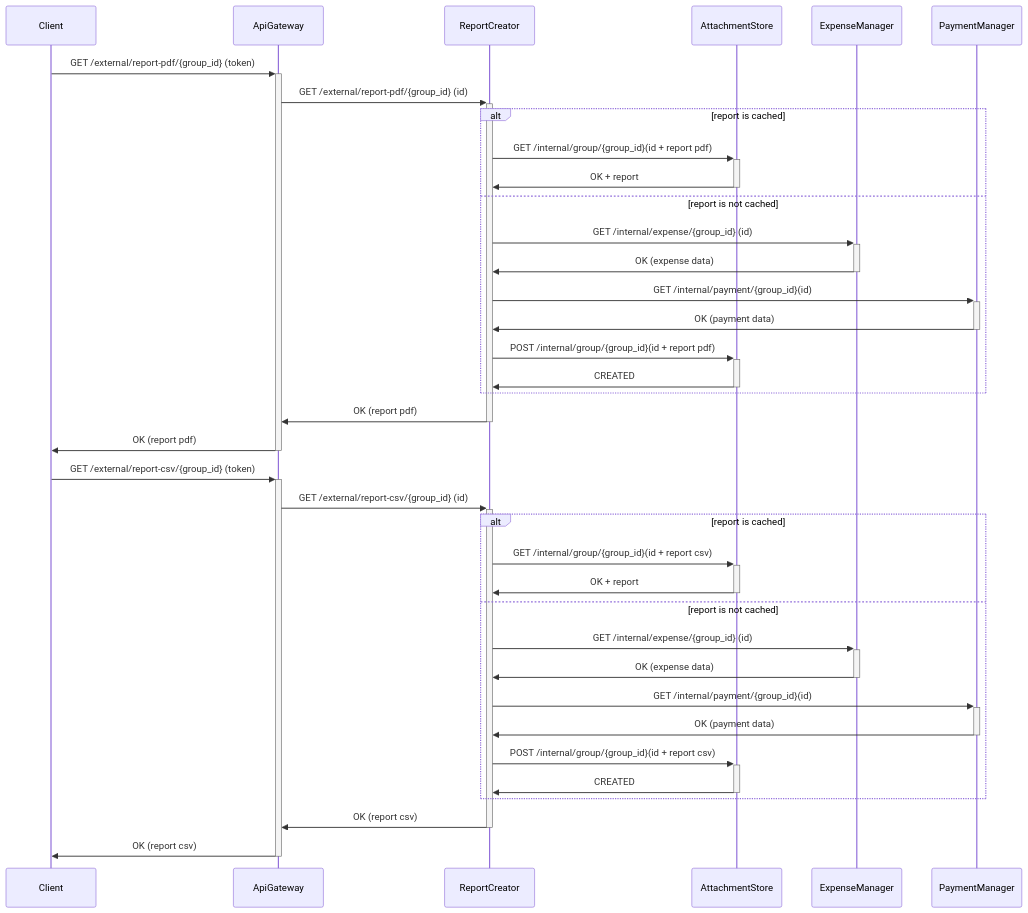
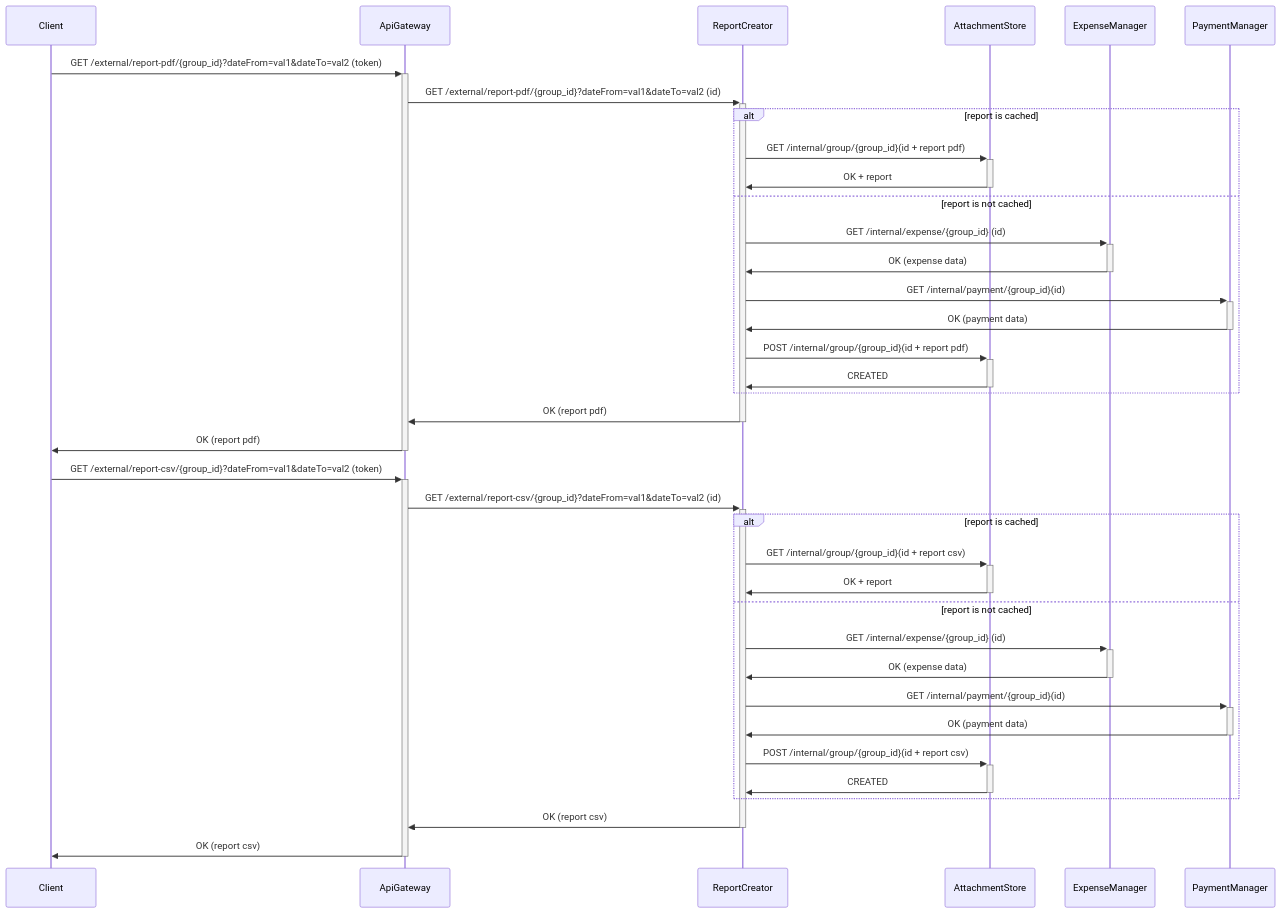
Before and after one commit to Group-Expense-Manager/gem-docs: the ninth of 10 diagrams in docs/diagrams.md, drawn with Mermaid.

Commit message:
modified diagrams

````diff
--- a/docs/diagrams.md
+++ b/docs/diagrams.md
@@ -293,35 +293,35 @@
 ``` mermaid
 sequenceDiagram
 
-Client->>+ApiGateway: GET /external/report-pdf/{group_id} (token)
-ApiGateway->>+ReportCreator: GET /external/report-pdf/{group_id} (id)
+Client->>+ApiGateway: GET /external/report-pdf/{group_id}?dateFrom=val1&dateTo=val2 (token)
+ApiGateway->>+ReportCreator: GET /external/report-pdf/{group_id}?dateFrom=val1&dateTo=val2 (id)
 alt report is cached
 ReportCreator->>+ AttachmentStore: GET /internal/group/{group_id}(id + report pdf)
 AttachmentStore->>- ReportCreator: OK + report
 else report is not cached
 ReportCreator->>+ ExpenseManager: GET /internal/expense/{group_id} (id)
 ExpenseManager->>- ReportCreator: OK (expense data)
 ReportCreator->>+ PaymentManager: GET /internal/payment/{group_id}(id)
 PaymentManager->>- ReportCreator: OK (payment data)
 ReportCreator->>+ AttachmentStore: POST /internal/group/{group_id}(id + report pdf)
 AttachmentStore->>- ReportCreator: CREATED
 end
 ReportCreator->>- ApiGateway: OK (report pdf)
 ApiGateway->>-Client: OK (report pdf)
 
-Client->>+ApiGateway: GET /external/report-csv/{group_id} (token)
-ApiGateway->>+ReportCreator: GET /external/report-csv/{group_id} (id)
+Client->>+ApiGateway: GET /external/report-csv/{group_id}?dateFrom=val1&dateTo=val2 (token)
+ApiGateway->>+ReportCreator: GET /external/report-csv/{group_id}?dateFrom=val1&dateTo=val2 (id)
 alt report is cached
 ReportCreator->>+ AttachmentStore: GET /internal/group/{group_id}(id + report csv)
 AttachmentStore->>- ReportCreator: OK + report
 else report is not cached
 ReportCreator->>+ ExpenseManager: GET /internal/expense/{group_id} (id)
 ExpenseManager->>- ReportCreator: OK (expense data)
 ReportCreator->>+ PaymentManager: GET /internal/payment/{group_id}(id)
 PaymentManager->>- ReportCreator: OK (payment data)
 ReportCreator->>+ AttachmentStore: POST /internal/group/{group_id}(id + report csv)
 AttachmentStore->>- ReportCreator: CREATED
 end
 ReportCreator->>- ApiGateway: OK (report csv)
 ApiGateway->>-Client: OK (report csv)
 ```
````
